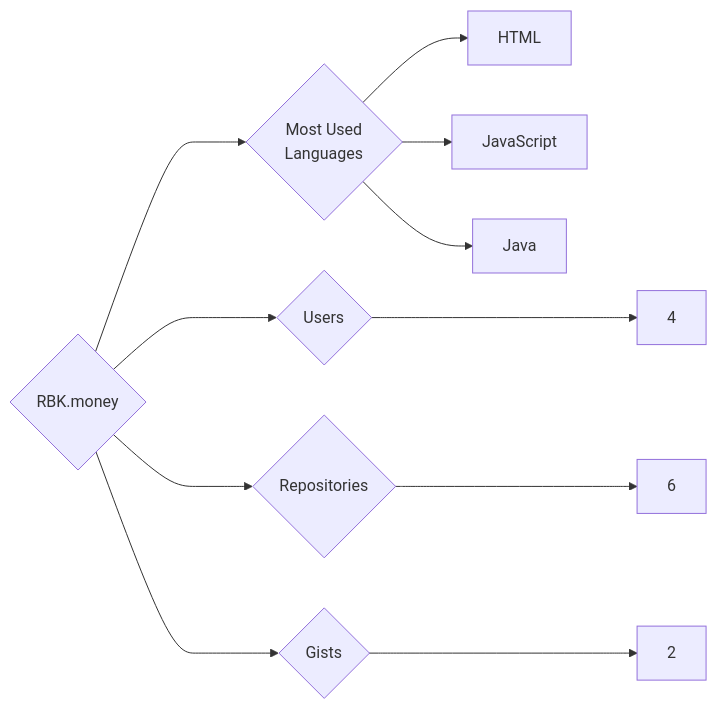
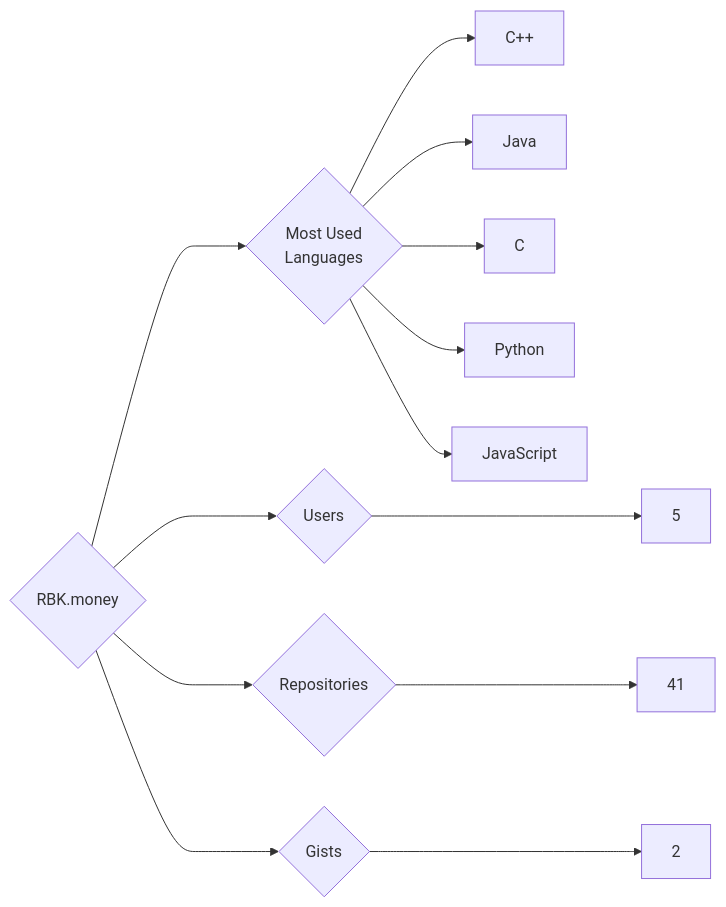
Before and after one commit to trickest/insiders: the diagram in targets/RBK.money/README.md, drawn with Mermaid. The commit also changed 815 other files, not shown here.

````diff
--- a/targets/RBK.money/README.md
+++ b/targets/RBK.money/README.md
@@ -3,11 +3,13 @@
 ```mermaid
 graph LR
 COMPANY_NAME{RBK.money}
-COMPANY_NAME ---> U{Users} ---> UN[4]
-COMPANY_NAME ---> R{Repositories} ---> RN[6]
+COMPANY_NAME ---> U{Users} ---> UN[5]
+COMPANY_NAME ---> R{Repositories} ---> RN[41]
 COMPANY_NAME ---> G{Gists} ---> GN[2]
 COMPANY_NAME ---> ML{Most Used<br>Languages}
-ML --> HTML[HTML]
+ML --> C++[C++]
+ML --> Java[Java]
+ML --> C[C]
+ML --> Python[Python]
 ML --> JavaScript[JavaScript]
-ML --> Java[Java]
 ```
````
